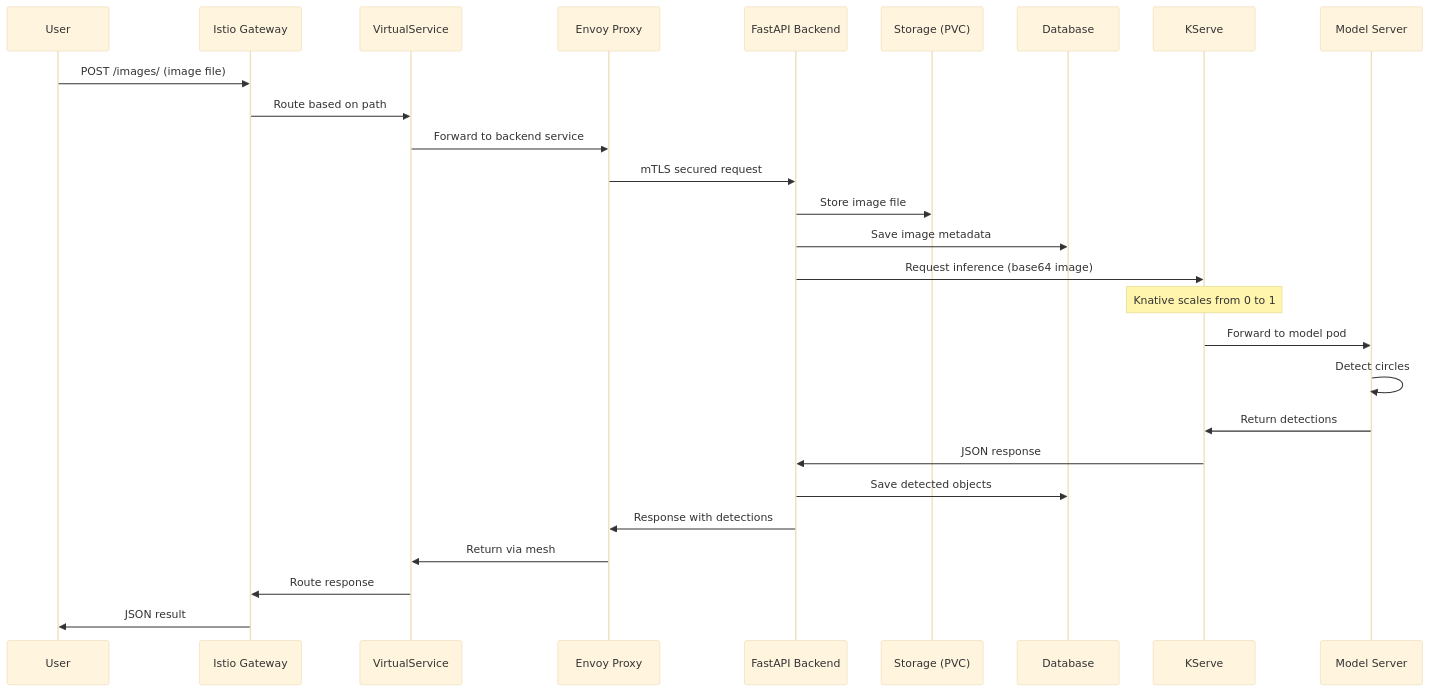
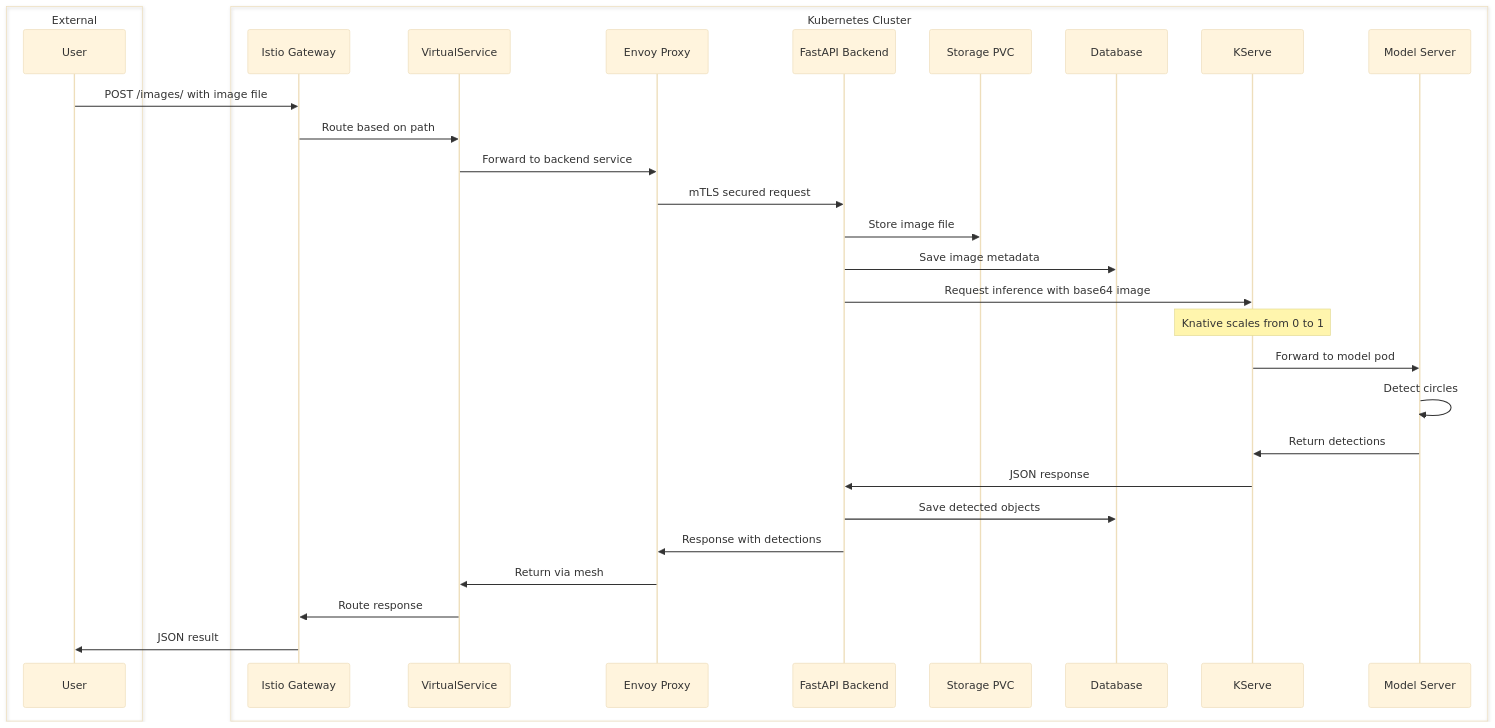
One commit to Cpicon/kserve_ml_deployment changed the second of 2 diagrams in README.md. Above: the diagram before and after it, drawn with Mermaid (base theme). The commit also changed other lines of this file, not shown here.

Commit message:
Refactor `README.md` diagrams to enhance request flow clarity and provide detailed step-by-step explanation for user-to-inference interactions.

````diff
--- a/README.md
+++ b/README.md
@@ -47,30 +85,35 @@
 ```mermaid
 sequenceDiagram
-    participant U as User
-    participant IG as Istio Gateway
-    participant VS as VirtualService
-    participant EP as Envoy Proxy
-    participant API as FastAPI Backend
-    participant S as Storage (PVC)
-    participant DB as Database
-    participant KS as KServe
-    participant M as Model Server
+    box External
+        participant U as User
+    end
     
-    U->>IG: POST /images/ (image file)
+    box Kubernetes Cluster
+        participant IG as Istio Gateway
+        participant VS as VirtualService
+        participant EP as Envoy Proxy
+        participant API as FastAPI Backend
+        participant S as Storage PVC
+        participant DB as Database
+        participant KS as KServe
+        participant M as Model Server
+    end
+    
+    U->>IG: POST /images/ with image file
     IG->>VS: Route based on path
     VS->>EP: Forward to backend service
     EP->>API: mTLS secured request
     API->>S: Store image file
     API->>DB: Save image metadata
-    API->>KS: Request inference (base64 image)
+    API->>KS: Request inference with base64 image
     Note over KS: Knative scales from 0 to 1
     KS->>M: Forward to model pod
     M->>M: Detect circles
     M->>KS: Return detections
     KS->>API: JSON response
     API->>DB: Save detected objects
     API->>EP: Response with detections
     EP->>VS: Return via mesh
     VS->>IG: Route response
     IG->>U: JSON result
 ```
````
